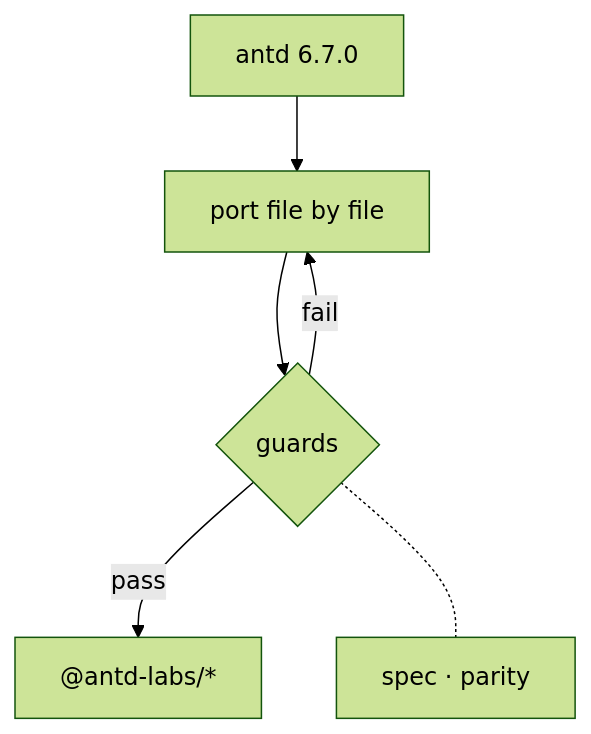
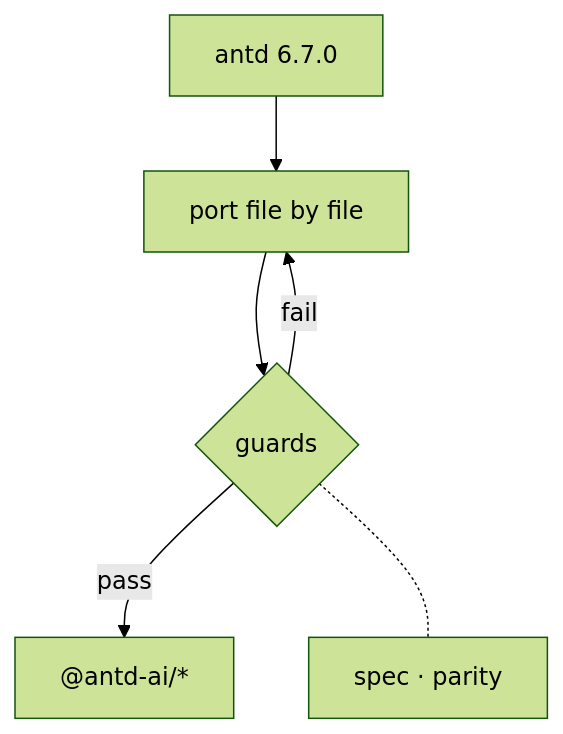
The diagram in profile/README.md (antd-ai/.github), drawn with Mermaid (forest theme) before and after one commit. The commit also changed other lines of this file, not shown here.

Commit message:
docs: point packages at the @antd-ai npm scope and add npm badge

````diff
--- a/profile/README.md
+++ b/profile/README.md
@@ -50,8 +51,8 @@
 ```mermaid
 flowchart TB
   up["antd 6.7.0"] --> port["port file by file"]
   port --> gate{"guards"}
   gate -->|fail| port
-  gate -->|pass| out["@antd-labs/*"]
+  gate -->|pass| out["@antd-ai/*"]
   gate -.- check["spec · parity"]
 ```
````
